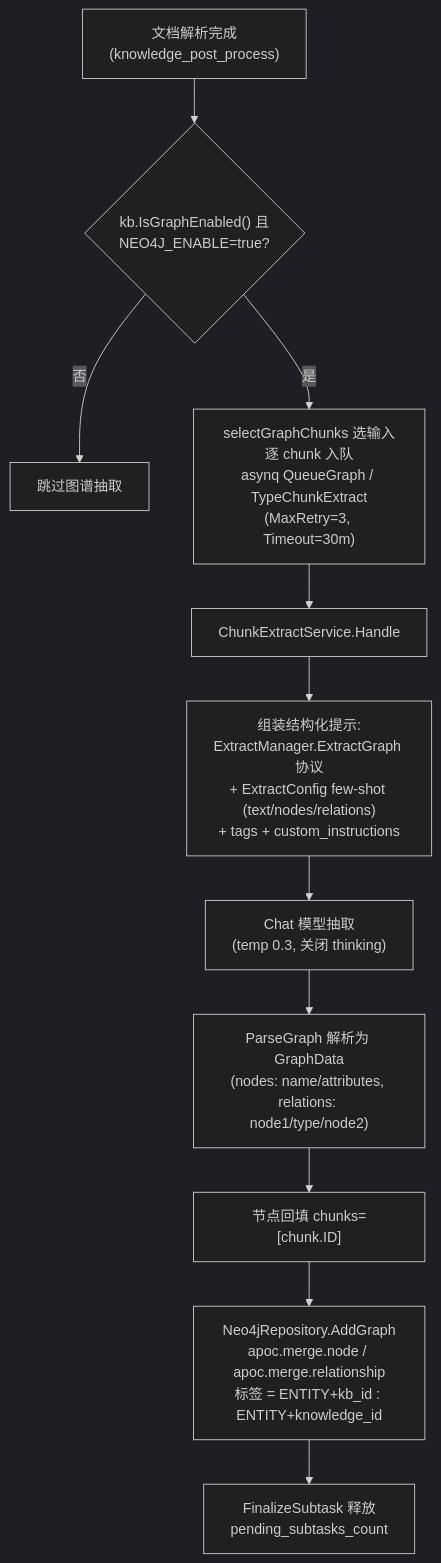
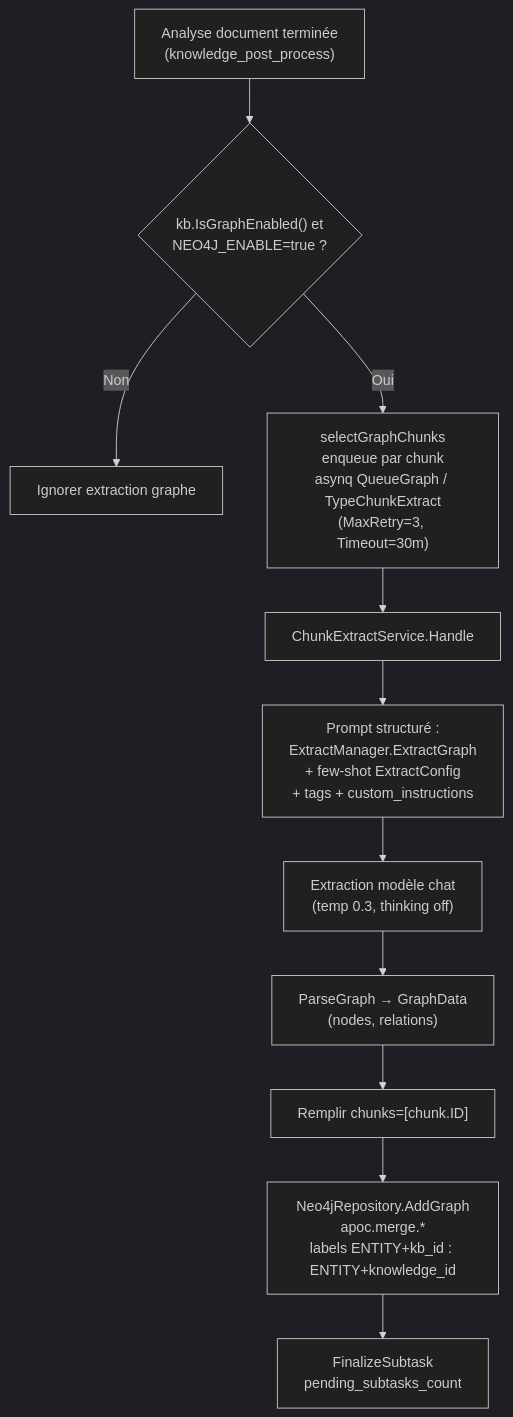
The first of 2 diagrams in website-docs/03-features/09-knowledge-graph.md (samiriggui-code/gsms-template), drawn with Mermaid (dark theme) before and after one commit. The commit also changed other lines of this file and 301 other files, not shown here.

````diff
--- a/website-docs/03-features/09-knowledge-graph.md
+++ b/website-docs/03-features/09-knowledge-graph.md
@@ -144,13 +144,13 @@
 ```mermaid
 flowchart TD
-    A["文档解析完成<br/>(knowledge_post_process)"] --> B{"kb.IsGraphEnabled() 且<br/>NEO4J_ENABLE=true?"}
-    B -->|"否"| Z["跳过图谱抽取"]
-    B -->|"是"| C["selectGraphChunks 选输入<br/>逐 chunk 入队<br/>asynq QueueGraph / TypeChunkExtract<br/>(MaxRetry=3, Timeout=30m)"]
+    A["Analyse document terminée<br/>(knowledge_post_process)"] --> B{"kb.IsGraphEnabled() et<br/>NEO4J_ENABLE=true ?"}
+    B -->|"Non"| Z["Ignorer extraction graphe"]
+    B -->|"Oui"| C["selectGraphChunks<br/>enqueue par chunk<br/>asynq QueueGraph / TypeChunkExtract<br/>(MaxRetry=3, Timeout=30m)"]
     C --> D["ChunkExtractService.Handle"]
-    D --> E["组装结构化提示:<br/>ExtractManager.ExtractGraph 协议<br/>+ ExtractConfig few-shot (text/nodes/relations)<br/>+ tags + custom_instructions"]
-    E --> F["Chat 模型抽取<br/>(temp 0.3, 关闭 thinking)"]
-    F --> G["ParseGraph 解析为 GraphData<br/>(nodes: name/attributes, relations: node1/type/node2)"]
-    G --> H["节点回填 chunks=[chunk.ID]"]
-    H --> I["Neo4jRepository.AddGraph<br/>apoc.merge.node / apoc.merge.relationship<br/>标签 = ENTITY+kb_id : ENTITY+knowledge_id"]
-    I --> J["FinalizeSubtask 释放<br/>pending_subtasks_count"]
+    D --> E["Prompt structuré :<br/>ExtractManager.ExtractGraph<br/>+ few-shot ExtractConfig<br/>+ tags + custom_instructions"]
+    E --> F["Extraction modèle chat<br/>(temp 0.3, thinking off)"]
+    F --> G["ParseGraph → GraphData<br/>(nodes, relations)"]
+    G --> H["Remplir chunks=[chunk.ID]"]
+    H --> I["Neo4jRepository.AddGraph<br/>apoc.merge.*<br/>labels ENTITY+kb_id : ENTITY+knowledge_id"]
+    I --> J["FinalizeSubtask<br/>pending_subtasks_count"]
 ```
````
